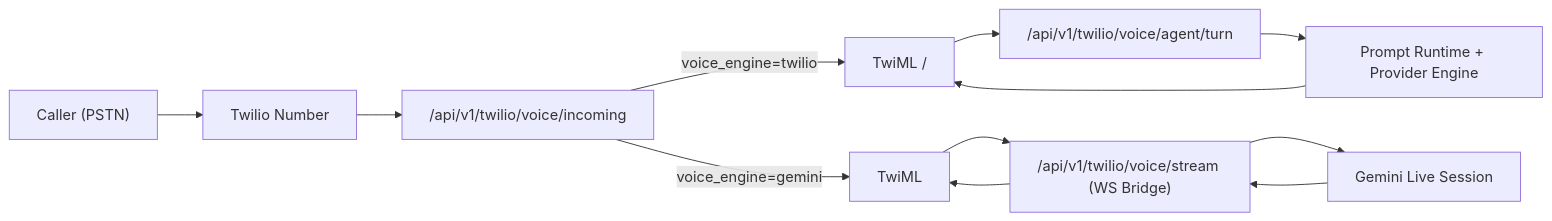
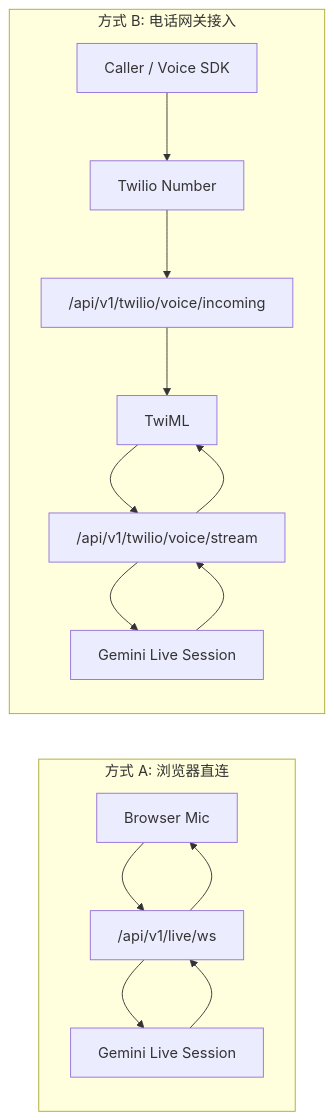
The diagram in docs/TWILIO_GEMINI_VOICE_ARCHITECTURE.md (zengkaipaopao/LLM-VoiceAgent), drawn with Mermaid before and after one commit. The commit also changed other lines of this file and 78 other files, not shown here.

Commit message:
refactor: migrate WebSocket test lab to a modular voice/text session architecture with unified lifecycle management

````diff
--- a/docs/TWILIO_GEMINI_VOICE_ARCHITECTURE.md
+++ b/docs/TWILIO_GEMINI_VOICE_ARCHITECTURE.md
@@ -18,16 +55,19 @@
 ```mermaid
 flowchart LR
-  PSTN["Caller (PSTN)"] --> TW["Twilio Number"]
-  TW --> IN["/api/v1/twilio/voice/incoming"]
+  subgraph Direct["方式 A: 浏览器直连"]
+    B["Browser Mic"] --> R["/api/v1/live/ws"]
+    R --> G["Gemini Live Session"]
+    G --> R
+    R --> B
+  end
 
-  IN -->|voice_engine=twilio| GATHER["TwiML <Gather>/<Say>"]
-  GATHER --> TURN["/api/v1/twilio/voice/agent/turn"]
-  TURN --> LLM["Prompt Runtime + Provider Engine"]
-  LLM --> GATHER
-
-  IN -->|voice_engine=gemini| STREAM["TwiML <Connect><Stream>"]
-  STREAM --> BRIDGE["/api/v1/twilio/voice/stream (WS Bridge)"]
-  BRIDGE --> GLIVE["Gemini Live Session"]
-  GLIVE --> BRIDGE
-  BRIDGE --> STREAM
+  subgraph PSTN["方式 B: 电话网关接入"]
+    U["Caller / Voice SDK"] --> T["Twilio Number"]
+    T --> I["/api/v1/twilio/voice/incoming"]
+    I --> S["TwiML <Connect><Stream>"]
+    S --> W["/api/v1/twilio/voice/stream"]
+    W --> G2["Gemini Live Session"]
+    G2 --> W
+    W --> S
+  end
 ```
````
